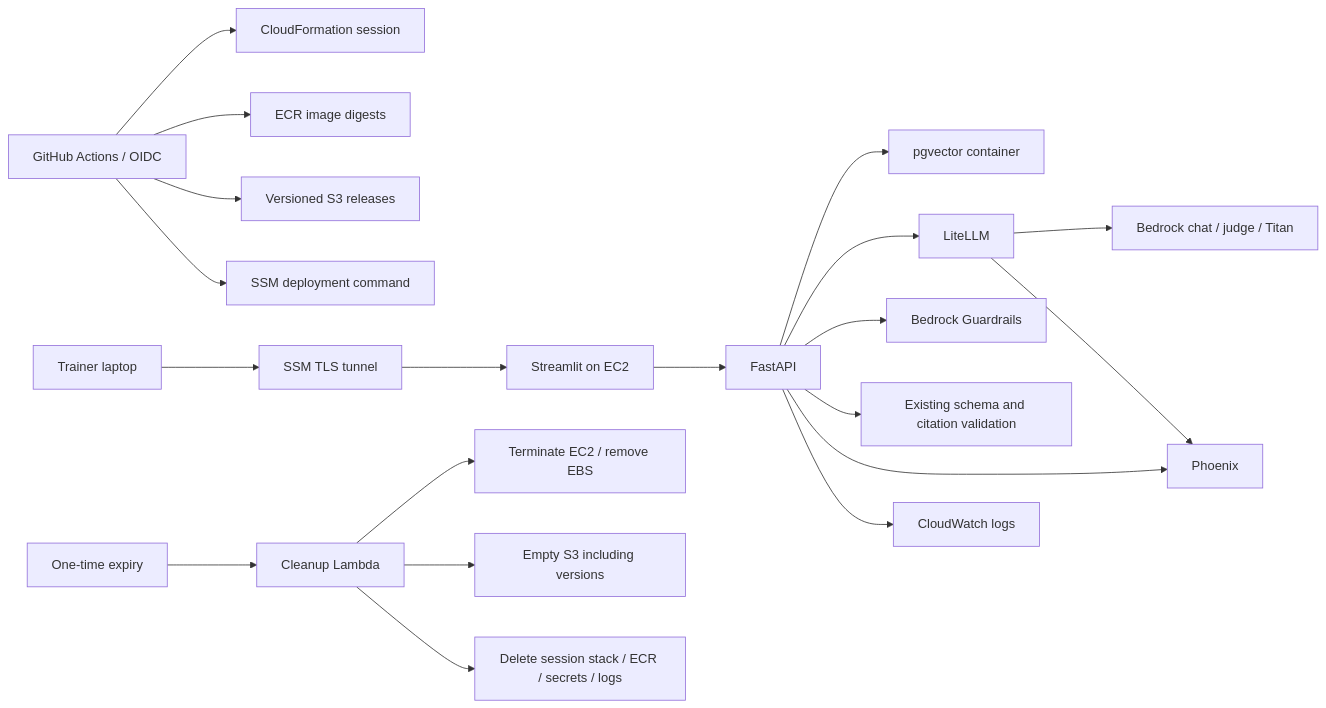
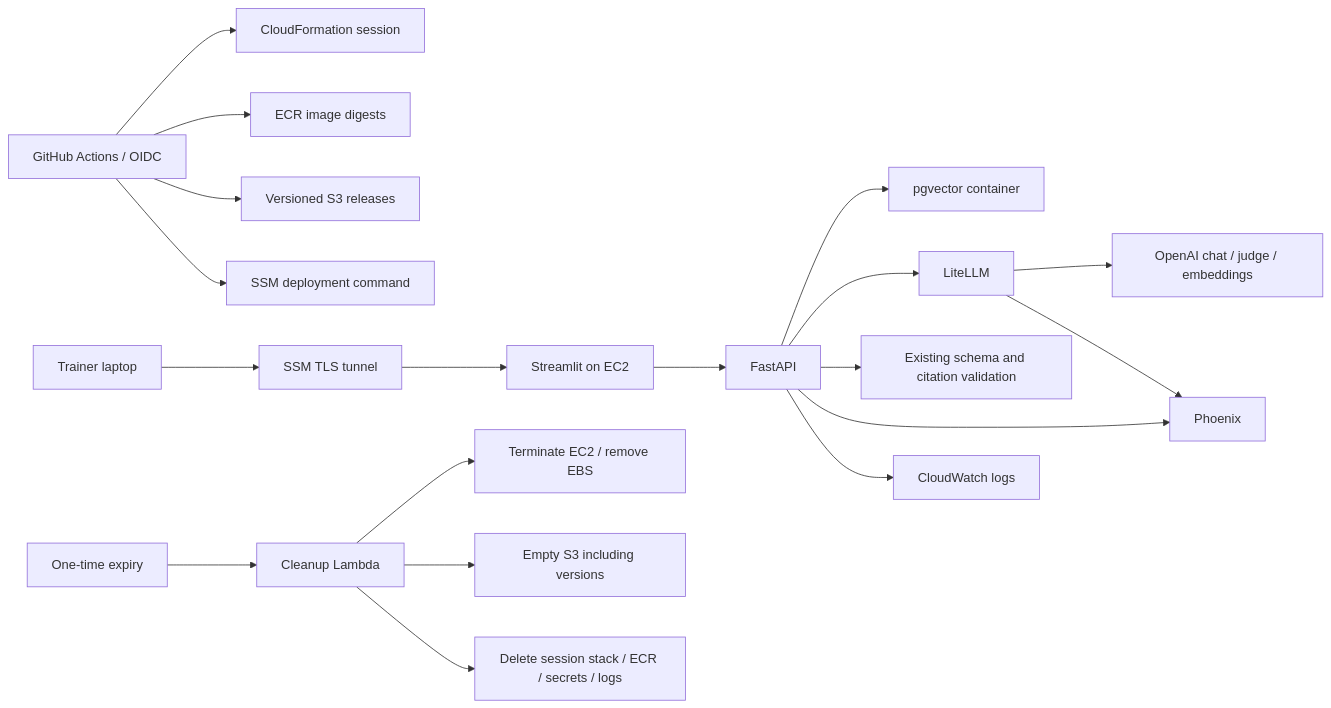
The diagram in infra/aws/README.md (pankajshakya627/LLMOps), drawn with Mermaid before and after one commit. The commit also changed other lines of this file and 17 other files, not shown here.

Commit message:
feat: default the AWS lab to OpenAI with explicit Bedrock opt-in

````diff
--- a/infra/aws/README.md
+++ b/infra/aws/README.md
@@ -29,22 +30,21 @@
 ```mermaid
 flowchart LR
     G[GitHub Actions / OIDC] --> C[CloudFormation session]
     G --> E[ECR image digests]
     G --> S[Versioned S3 releases]
     G --> M[SSM deployment command]
     U[Trainer laptop] --> T[SSM TLS tunnel]
     T --> UI[Streamlit on EC2]
     UI --> API[FastAPI]
     API --> PG[pgvector container]
     API --> L[LiteLLM]
-    L --> B[Bedrock chat / judge / Titan]
-    API --> BG[Bedrock Guardrails]
+    L --> B[OpenAI chat / judge / embeddings]
     API --> V[Existing schema and citation validation]
     API --> P[Phoenix]
     L --> P
     API --> CW[CloudWatch logs]
     X[One-time expiry] --> CL[Cleanup Lambda]
     CL --> Stop[Terminate EC2 / remove EBS]
     CL --> Empty[Empty S3 including versions]
     CL --> Delete[Delete session stack / ECR / secrets / logs]
 ```
````
